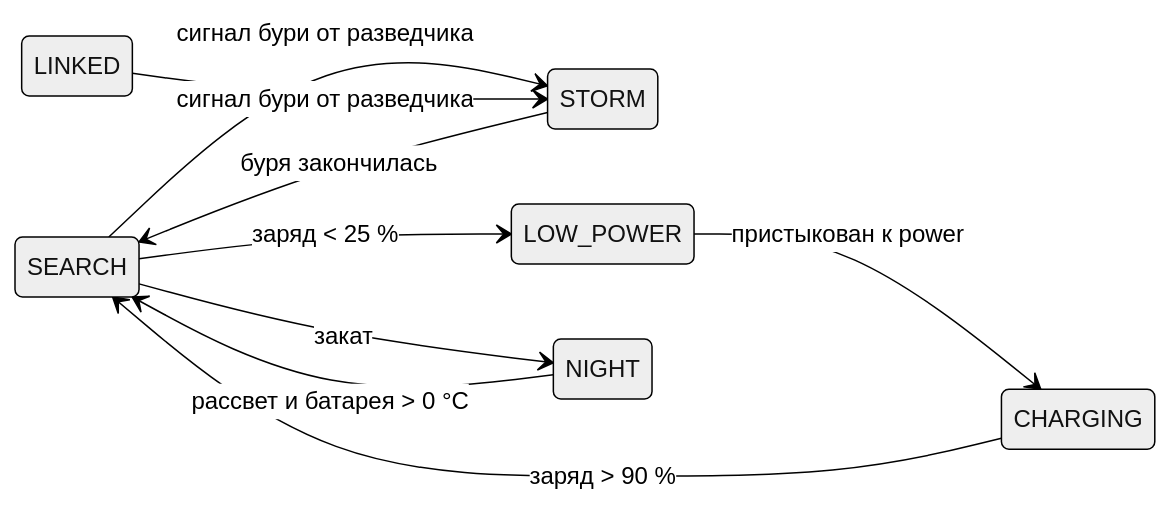
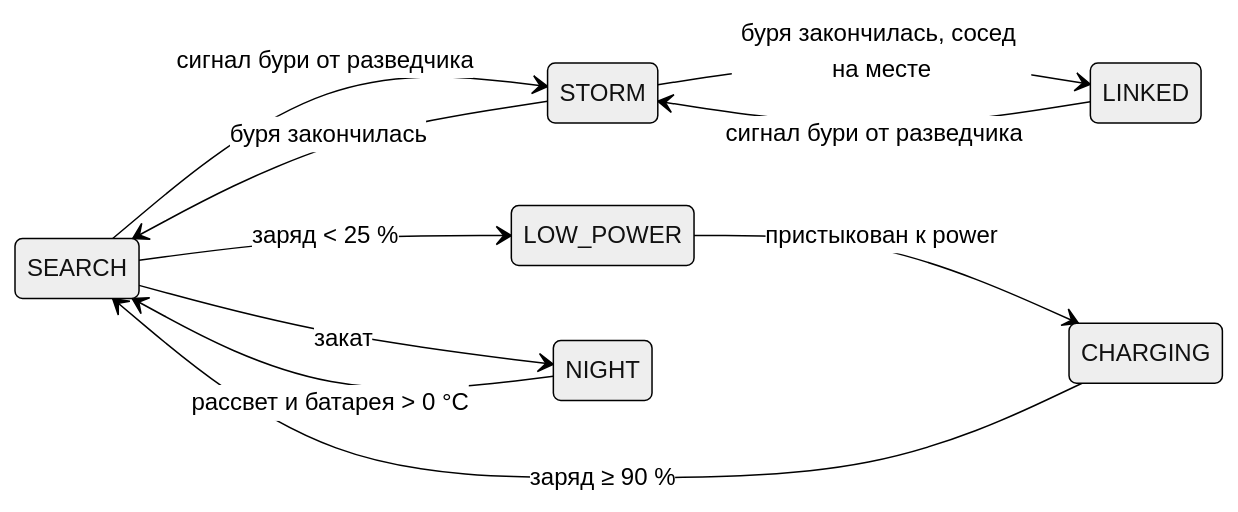
The third of 3 diagrams in docs/ideas.md (manskill586-tech/STARYS), drawn with Mermaid (neutral theme) before and after one commit. The commit also changed other lines of this file and 23 other files, not shown here.

````diff
--- a/docs/ideas.md
+++ b/docs/ideas.md
@@ -206,12 +208,13 @@
 ```mermaid
 stateDiagram-v2
     direction LR
     SEARCH --> STORM: сигнал бури от разведчика
     LINKED --> STORM: сигнал бури от разведчика
+    STORM --> LINKED: буря закончилась, сосед на месте
     STORM --> SEARCH: буря закончилась
     SEARCH --> LOW_POWER: заряд < 25 %
     LOW_POWER --> CHARGING: пристыкован к power
-    CHARGING --> SEARCH: заряд > 90 %
+    CHARGING --> SEARCH: заряд ≥ 90 %
     SEARCH --> NIGHT: закат
     NIGHT --> SEARCH: рассвет и батарея > 0 °C
 ```
````
